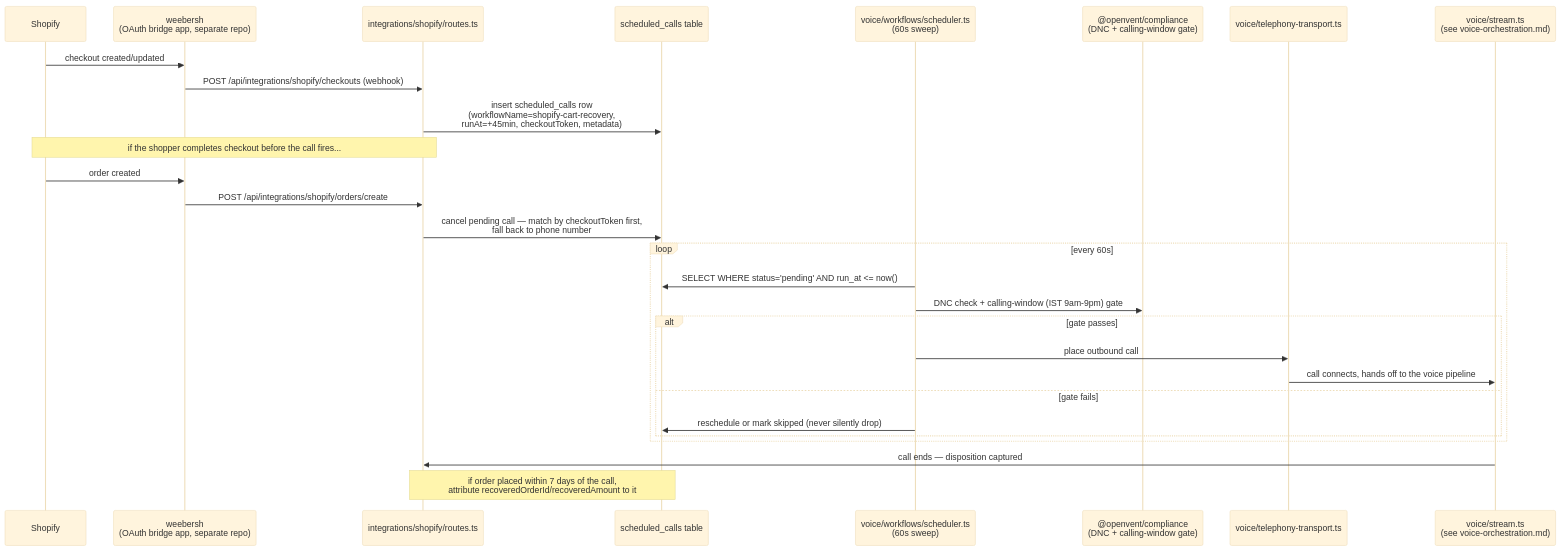
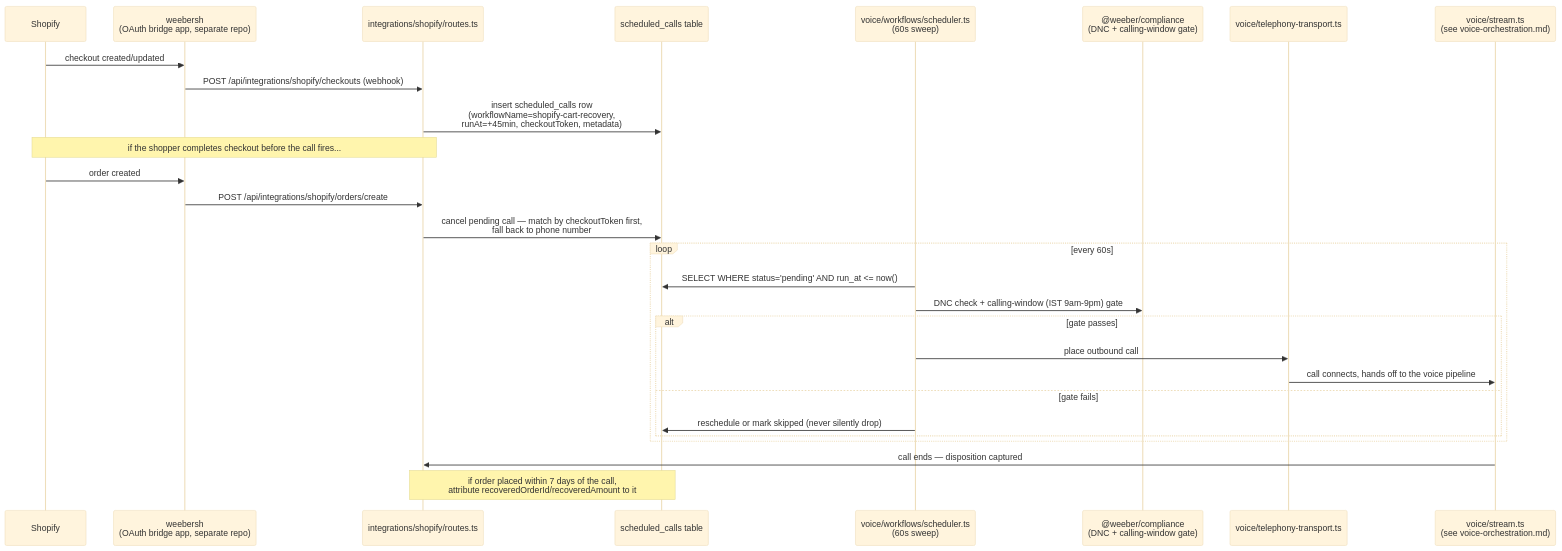
One commit to Aurora-091/weeber changed the first of 2 diagrams in architecture/api-flow.md. Above: the diagram before and after it, drawn with Mermaid (base theme). The commit also changed 91 other files, not shown here.

````diff
--- a/architecture/api-flow.md
+++ b/architecture/api-flow.md
@@ -8,34 +8,34 @@
 ```mermaid
 sequenceDiagram
     participant Shopify
     participant Weebersh as weebersh<br/>(OAuth bridge app, separate repo)
     participant Routes as integrations/shopify/routes.ts
     participant DB as scheduled_calls table
     participant Sched as voice/workflows/scheduler.ts<br/>(60s sweep)
-    participant Compliance as @openvent/compliance<br/>(DNC + calling-window gate)
+    participant Compliance as @weeber/compliance<br/>(DNC + calling-window gate)
     participant Transport as voice/telephony-transport.ts
     participant Pipeline as voice/stream.ts<br/>(see voice-orchestration.md)
 
     Shopify->>Weebersh: checkout created/updated
     Weebersh->>Routes: POST /api/integrations/shopify/checkouts (webhook)
     Routes->>DB: insert scheduled_calls row<br/>(workflowName=shopify-cart-recovery,<br/>runAt=+45min, checkoutToken, metadata)
 
     Note over Shopify,Routes: if the shopper completes checkout before the call fires...
     Shopify->>Weebersh: order created
     Weebersh->>Routes: POST /api/integrations/shopify/orders/create
     Routes->>DB: cancel pending call — match by checkoutToken first,<br/>fall back to phone number
 
     loop every 60s
         Sched->>DB: SELECT WHERE status='pending' AND run_at <= now()
         Sched->>Compliance: DNC check + calling-window (IST 9am-9pm) gate
         alt gate passes
             Sched->>Transport: place outbound call
             Transport->>Pipeline: call connects, hands off to the voice pipeline
         else gate fails
             Sched->>DB: reschedule or mark skipped (never silently drop)
         end
     end
 
     Pipeline->>Routes: call ends — disposition captured
     Note over Routes,DB: if order placed within 7 days of the call,<br/>attribute recoveredOrderId/recoveredAmount to it
 ```
````
